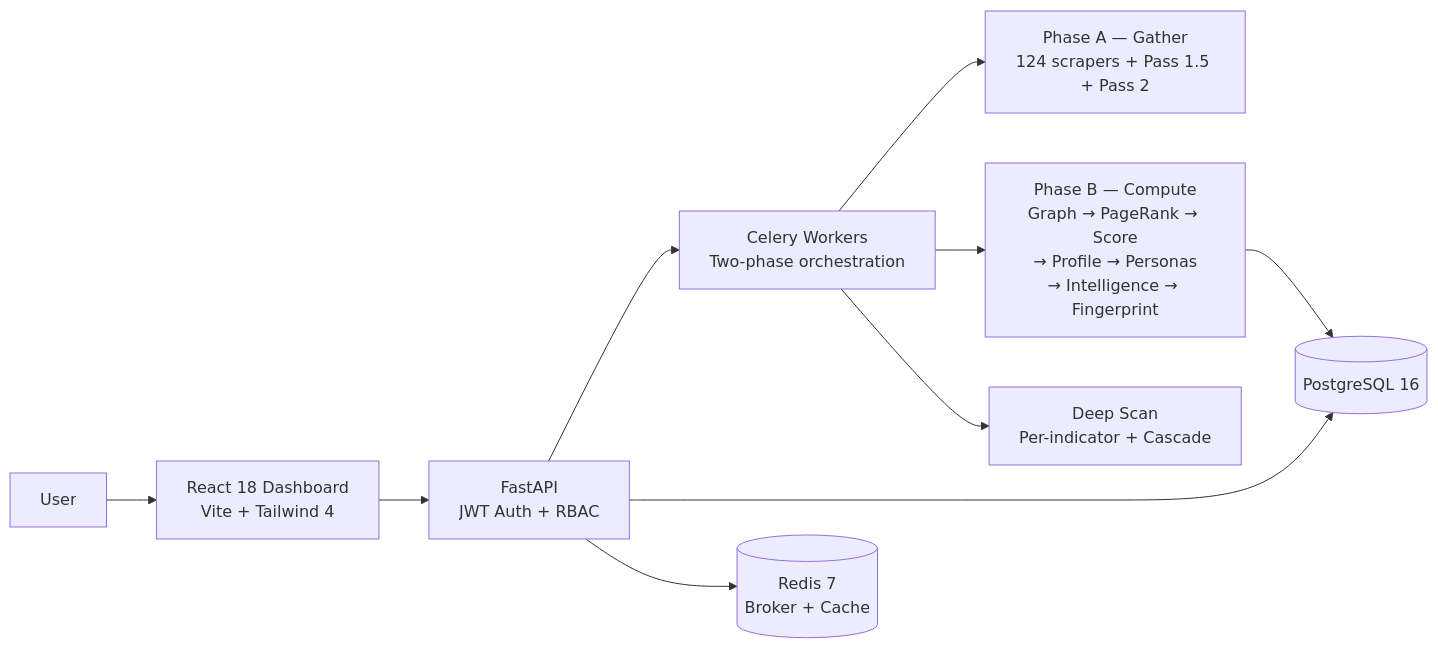
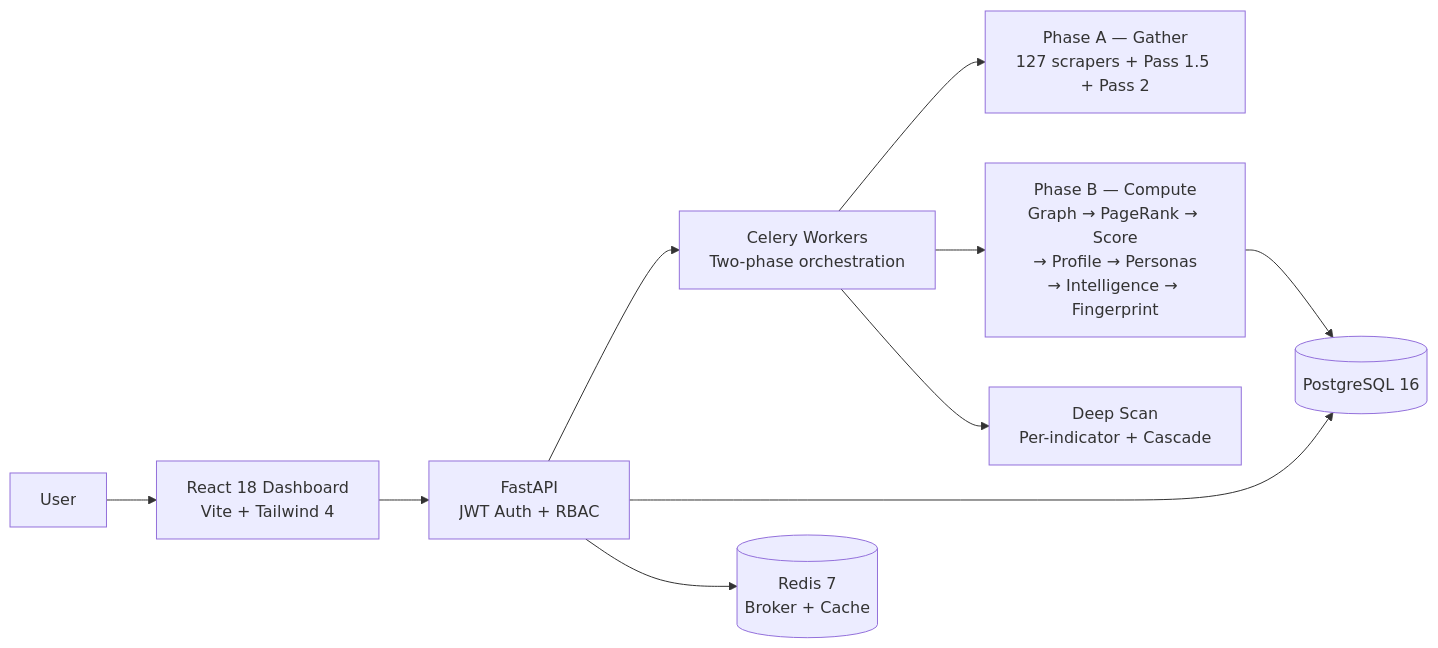
The diagram in README.md (nabz0r/xposeTIP), drawn with Mermaid before and after one commit. The commit also changed other lines of this file and 7 other files, not shown here.

````diff
--- a/README.md
+++ b/README.md
@@ -116,12 +116,12 @@
 ```mermaid
 graph LR
     U[User] --> R[React 18 Dashboard<br/>Vite + Tailwind 4]
     R --> A[FastAPI<br/>JWT Auth + RBAC]
     A --> C[Celery Workers<br/>Two-phase orchestration]
     A --> PG[(PostgreSQL 16)]
     A --> RD[(Redis 7<br/>Broker + Cache)]
-    C --> P1[Phase A — Gather<br/>124 scrapers + Pass 1.5 + Pass 2]
+    C --> P1[Phase A — Gather<br/>127 scrapers + Pass 1.5 + Pass 2]
     C --> P2[Phase B — Compute<br/>Graph → PageRank → Score<br/>→ Profile → Personas<br/>→ Intelligence → Fingerprint]
     P2 --> PG
     C --> DS[Deep Scan<br/>Per-indicator + Cascade]
 ```
````
